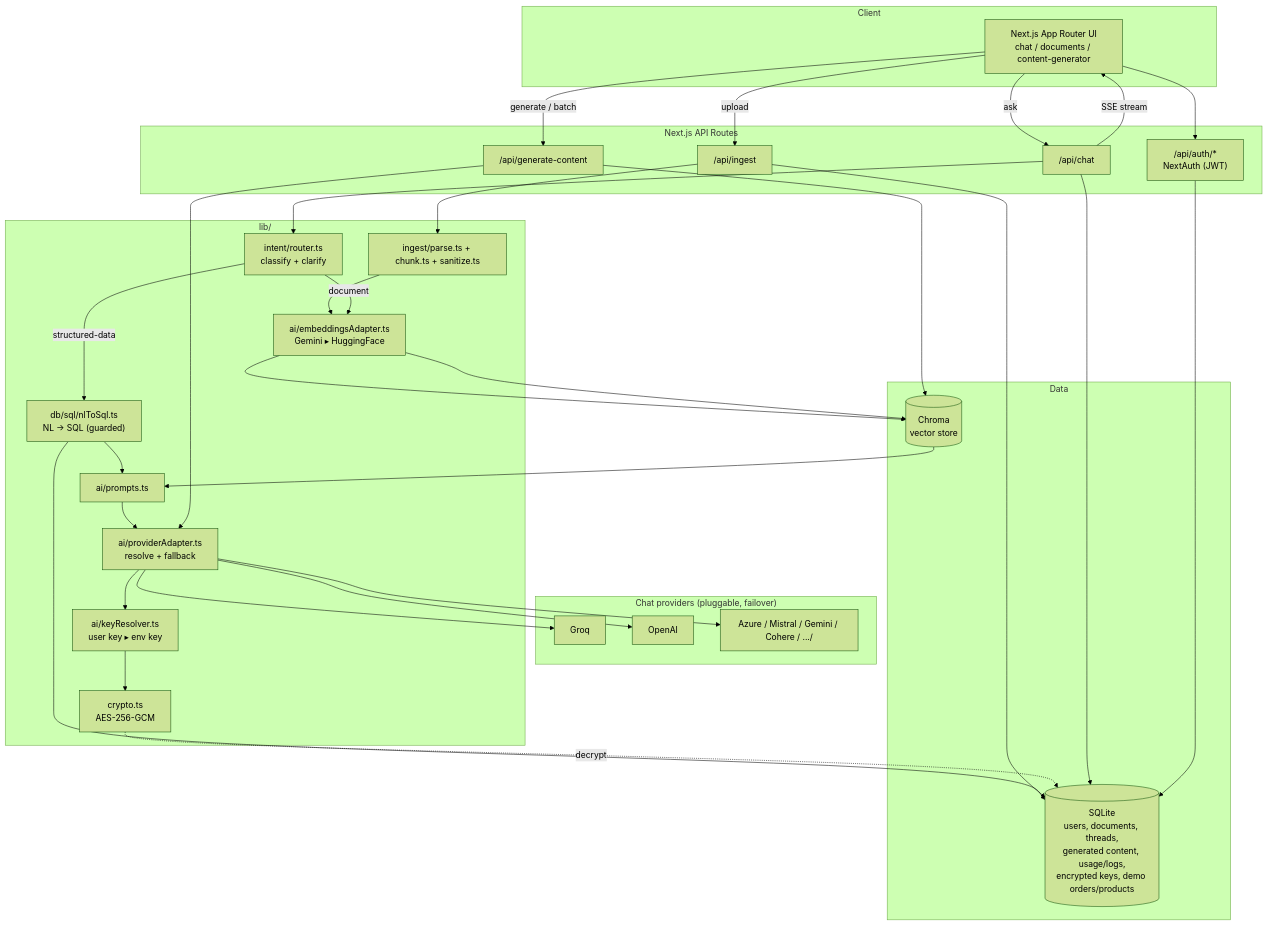
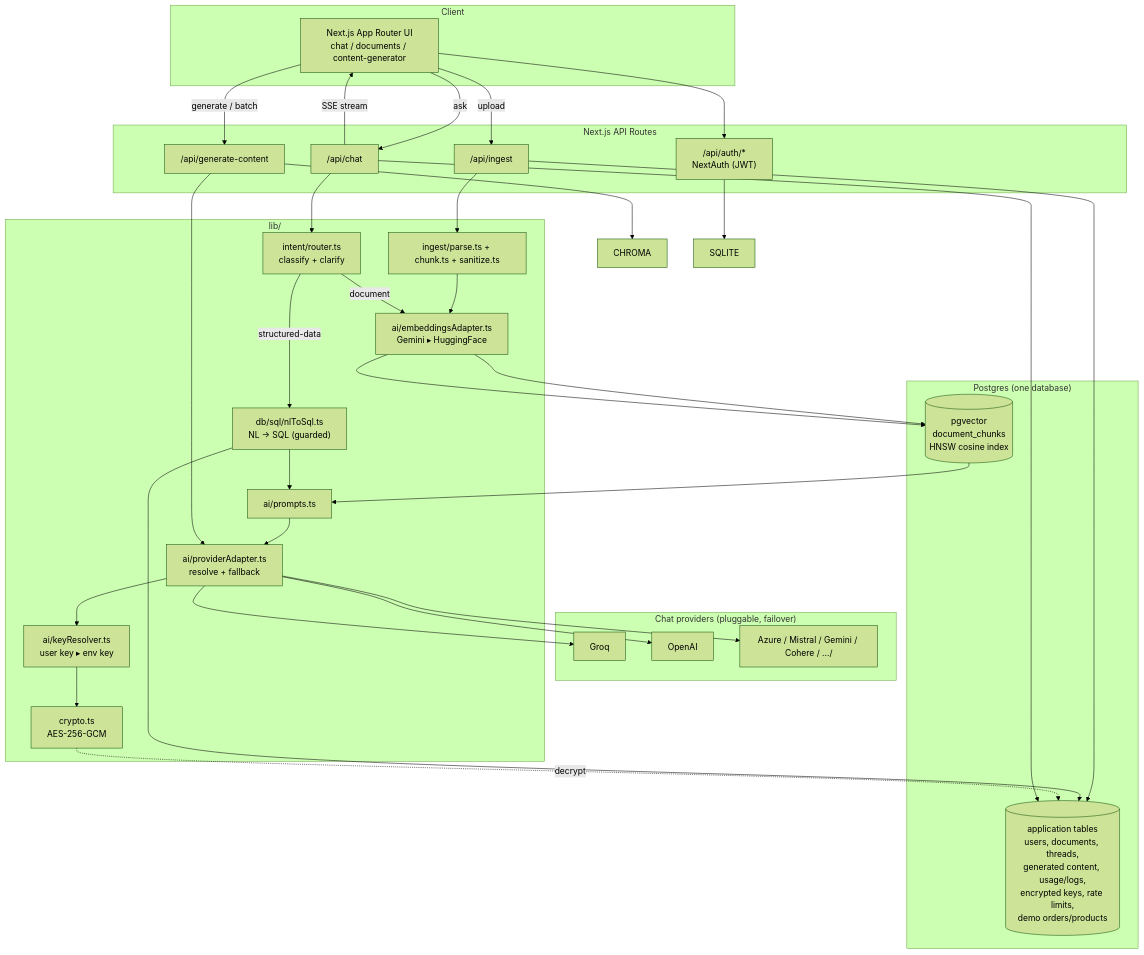
The diagram in README.md (proteendas/ignite-ai-studio), drawn with Mermaid (forest theme) before and after one commit. The commit also changed other lines of this file and 73 other files, not shown here.

First line of the commit message:
feat: port data layer to Postgres + pgvector

````diff
--- a/README.md
+++ b/README.md
@@ -191,56 +212,56 @@
 ```mermaid
 flowchart TB
     subgraph Client
         UI[Next.js App Router UI<br/>chat / documents / content-generator]
     end
 
     subgraph API["Next.js API Routes"]
         AUTH["/api/auth/*<br/>NextAuth (JWT)"]
         INGEST["/api/ingest"]
         CHAT["/api/chat"]
         GEN["/api/generate-content"]
     end
 
     subgraph Logic["lib/"]
         INTENT["intent/router.ts<br/>classify + clarify"]
         NLSQL["db/sql/nlToSql.ts<br/>NL → SQL (guarded)"]
         PROMPTS["ai/prompts.ts"]
         ADAPTER["ai/providerAdapter.ts<br/>resolve + fallback"]
         KEYS["ai/keyResolver.ts<br/>user key ▸ env key"]
         EMB["ai/embeddingsAdapter.ts<br/>Gemini ▸ HuggingFace"]
         CRYPTO["crypto.ts<br/>AES-256-GCM"]
         PARSE["ingest/parse.ts + chunk.ts + sanitize.ts"]
     end
 
     subgraph Providers["Chat providers (pluggable, failover)"]
         GROQ[Groq]
         OPENAI[OpenAI]
         OTHERS[Azure / Mistral / Gemini / Cohere / .../]
     end
 
-    subgraph Data
-        CHROMA[(Chroma<br/>vector store)]
-        SQLITE[(SQLite<br/>users, documents, threads,<br/>generated content, usage/logs,<br/>encrypted keys, demo orders/products)]
+    subgraph Data["Postgres (one database)"]
+        PGVEC[(pgvector<br/>document_chunks<br/>HNSW cosine index)]
+        PGTAB[(application tables<br/>users, documents, threads,<br/>generated content, usage/logs,<br/>encrypted keys, rate limits,<br/>demo orders/products)]
     end
 
-    UI -->|upload| INGEST --> PARSE --> EMB --> CHROMA
-    INGEST --> SQLITE
+    UI -->|upload| INGEST --> PARSE --> EMB --> PGVEC
+    INGEST --> PGTAB
 
     UI -->|ask| CHAT --> INTENT
     INTENT -->|document| EMB
-    EMB --> CHROMA --> PROMPTS
-    INTENT -->|structured-data| NLSQL --> SQLITE
+    EMB --> PGVEC --> PROMPTS
+    INTENT -->|structured-data| NLSQL --> PGTAB
     NLSQL --> PROMPTS
     PROMPTS --> ADAPTER
     ADAPTER --> KEYS
     KEYS --> CRYPTO
-    CRYPTO -.decrypt.-> SQLITE
+    CRYPTO -.decrypt.-> PGTAB
     ADAPTER --> GROQ & OPENAI & OTHERS
     CHAT -->|SSE stream| UI
-    CHAT --> SQLITE
+    CHAT --> PGTAB
 
     UI -->|generate / batch| GEN --> CHROMA
     GEN --> ADAPTER
 
     UI --> AUTH --> SQLITE
 ```
````
